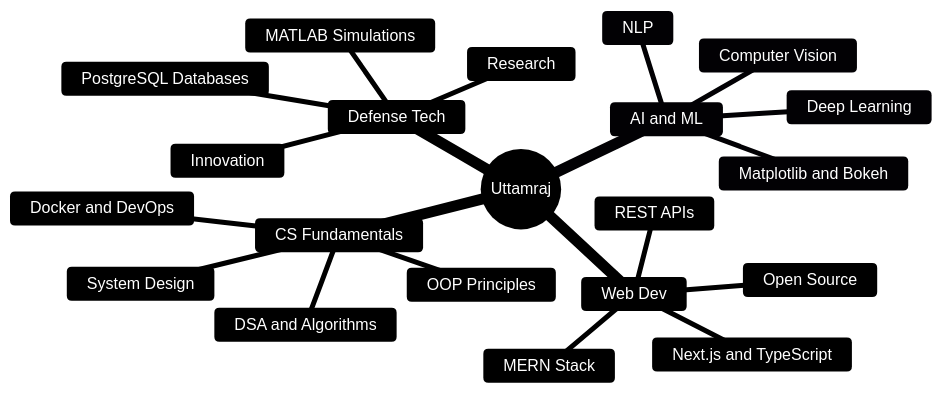
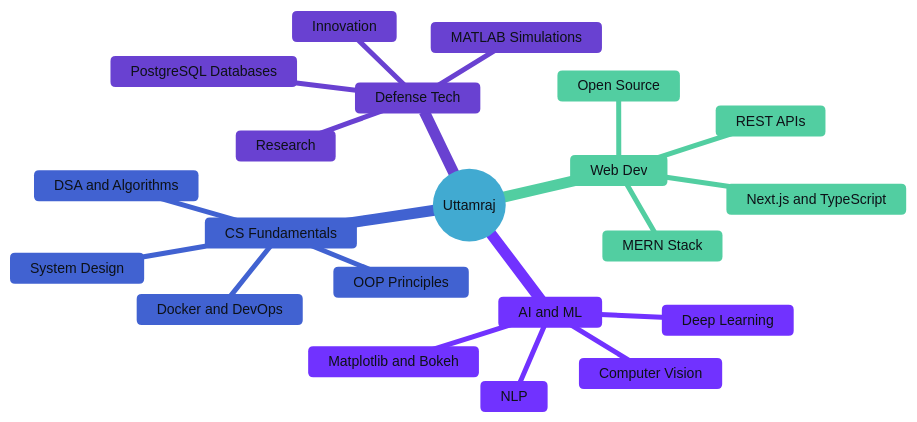
Before and after one commit to codexuttam/codexuttam: the diagram in README.md, drawn with Mermaid. The commit also changed other lines of this file, not shown here.

Commit message:
Update skills and GitHub stats in README

````diff
--- a/README.md
+++ b/README.md
@@ -186,43 +186,44 @@
 ```mermaid
 %%{init: {
   'theme': 'base',
   'themeVariables': {
-    'primaryColor': '#1e3a5f',
-    'primaryTextColor': '#ffffff',
+    'primaryColor': '#A8D8EA',
+    'primaryTextColor': '#0d1117',
     'primaryBorderColor': '#58A6FF',
     'lineColor': '#58A6FF',
-    'secondaryColor': '#2d1b69',
-    'secondaryTextColor': '#ffffff',
+    'secondaryColor': '#C9B1FF',
+    'secondaryTextColor': '#0d1117',
     'secondaryBorderColor': '#9B59B6',
-    'tertiaryColor': '#1a3d2f',
-    'tertiaryTextColor': '#ffffff',
+    'tertiaryColor': '#B5EAD7',
+    'tertiaryTextColor': '#0d1117',
     'tertiaryBorderColor': '#2ecc71',
-    'background': '#0d1117',
-    'edgeLabelBackground': '#0d1117',
-    'titleColor': '#58A6FF',
-    'fontFamily': 'monospace'
+    'background': '#ffffff',
+    'edgeLabelBackground': '#f0f0f0',
+    'titleColor': '#0d1117',
+    'fontFamily': 'monospace',
+    'fontSize': '14px'
   }
 }}%%
 mindmap
   root((Uttamraj))
     AI and ML
       Deep Learning
       Computer Vision
       NLP
       Matplotlib and Bokeh
     Web Dev
       MERN Stack
       Next.js and TypeScript
       REST APIs
       Open Source
     CS Fundamentals
       DSA and Algorithms
       OOP Principles
       System Design
       Docker and DevOps
     Defense Tech
       Research
       Innovation
       MATLAB Simulations
       PostgreSQL Databases
 ```
````
